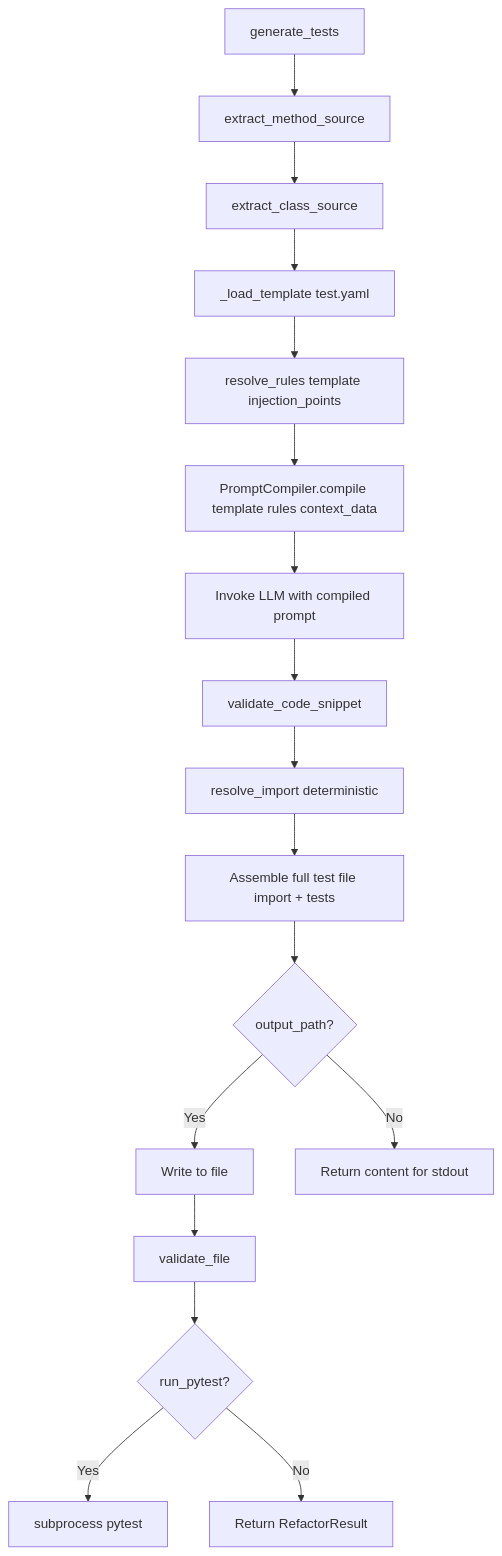
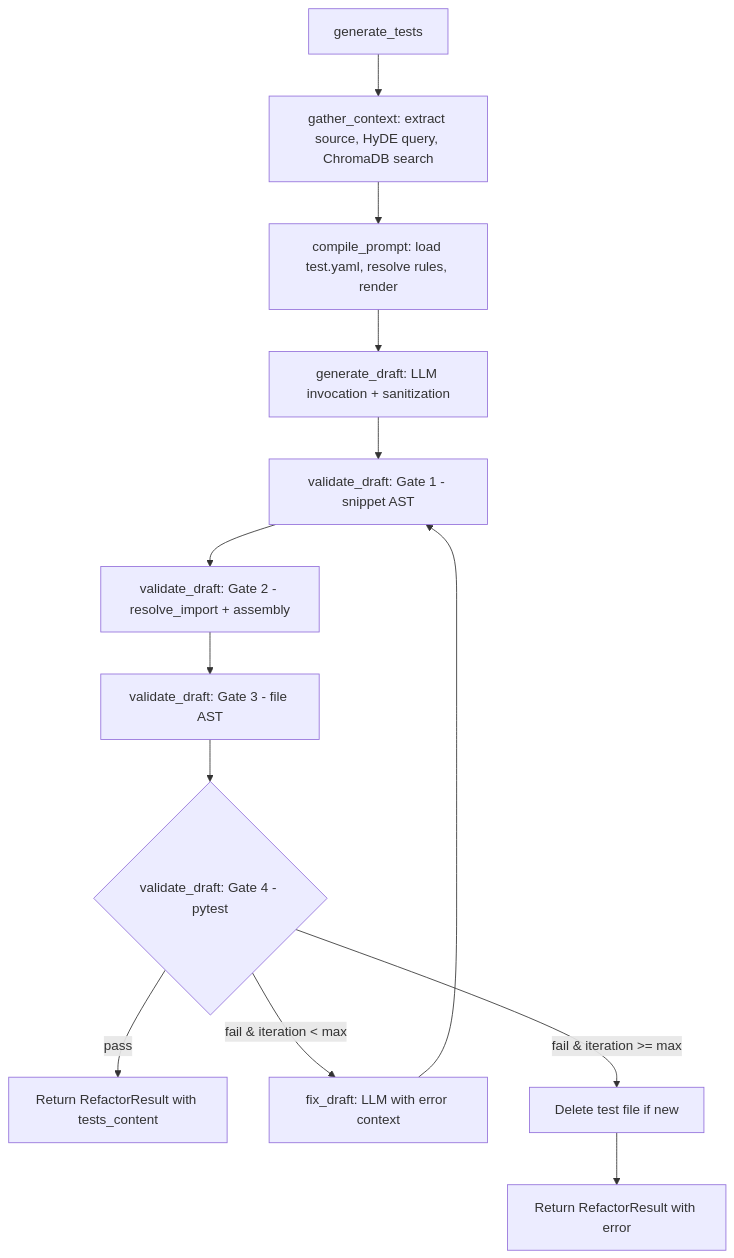
Before and after one commit to solvire/orka: the third of 6 diagrams in docs/ARCHITECTURE.md, drawn with Mermaid. The commit also changed other lines of this file and 2 other files, not shown here.

````diff
--- a/docs/ARCHITECTURE.md
+++ b/docs/ARCHITECTURE.md
@@ -93,19 +170,15 @@
 ```mermaid
 flowchart TD
-    A[generate_tests] --> B[extract_method_source]
-    B --> C[extract_class_source]
-    C --> D[_load_template test.yaml]
-    D --> E[resolve_rules template injection_points]
-    E --> F[PromptCompiler.compile template rules context_data]
-    F --> G[Invoke LLM with compiled prompt]
-    G --> H[validate_code_snippet]
-    H --> I[resolve_import deterministic]
-    I --> J[Assemble full test file import + tests]
-    J --> K{output_path?}
-    K -->|Yes| L[Write to file]
-    K -->|No| M[Return content for stdout]
-    L --> N[validate_file]
-    N --> O{run_pytest?}
-    O -->|Yes| P[subprocess pytest]
-    O -->|No| Q[Return RefactorResult]
+    A[generate_tests] --> B[gather_context: extract source, HyDE query, ChromaDB search]
+    B --> C[compile_prompt: load test.yaml, resolve rules, render]
+    C --> D[generate_draft: LLM invocation + sanitization]
+    D --> E[validate_draft: Gate 1 - snippet AST]
+    E --> F[validate_draft: Gate 2 - resolve_import + assembly]
+    F --> G[validate_draft: Gate 3 - file AST]
+    G --> H{validate_draft: Gate 4 - pytest}
+    H -->|pass| I[Return RefactorResult with tests_content]
+    H -->|fail & iteration < max| J[fix_draft: LLM with error context]
+    J --> E
+    H -->|fail & iteration >= max| K[Delete test file if new]
+    K --> L[Return RefactorResult with error]
 ```
````
